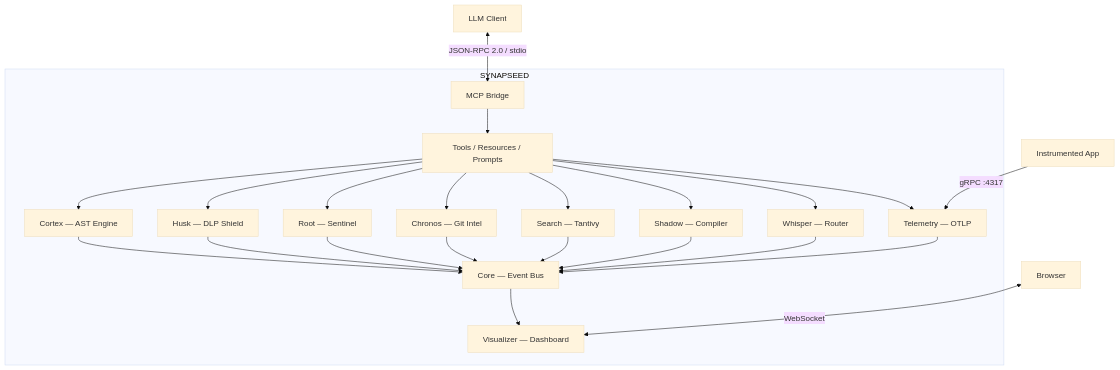
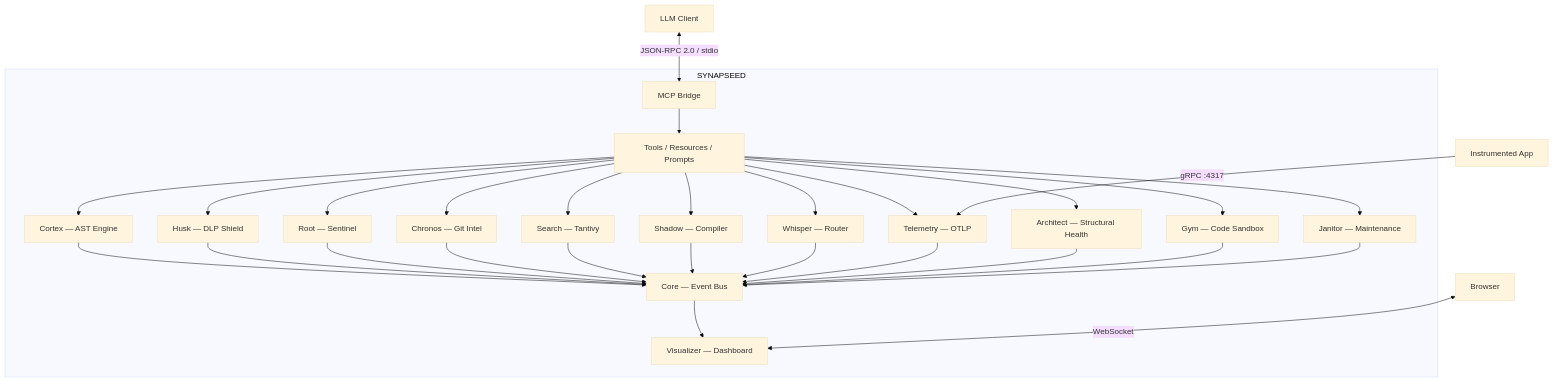
The diagram in docs/architecture/overview.md (fabriziosalmi/synapseed), drawn with Mermaid (base theme) before and after one commit. The commit also changed other lines of this file and 43 other files, not shown here.

````diff
--- a/docs/architecture/overview.md
+++ b/docs/architecture/overview.md
@@ -7,30 +7,36 @@
 ```mermaid
 graph TD
     LLM[LLM Client] <-->|JSON-RPC 2.0 / stdio| MCP[MCP Bridge]
 
     subgraph SYNAPSEED
         MCP --> Tools[Tools / Resources / Prompts]
         Tools --> Cortex[Cortex — AST Engine]
         Tools --> Husk[Husk — DLP Shield]
         Tools --> Root[Root — Sentinel]
         Tools --> Chronos[Chronos — Git Intel]
         Tools --> Search[Search — Tantivy]
         Tools --> Shadow[Shadow — Compiler]
         Tools --> Whisper[Whisper — Router]
         Tools --> Telemetry[Telemetry — OTLP]
+        Tools --> Architect[Architect — Structural Health]
+        Tools --> Gym[Gym — Code Sandbox]
+        Tools --> Janitor[Janitor — Maintenance]
 
         Cortex --> Core[Core — Event Bus]
         Husk --> Core
         Root --> Core
         Chronos --> Core
         Search --> Core
         Shadow --> Core
         Whisper --> Core
         Telemetry --> Core
+        Architect --> Core
+        Gym --> Core
+        Janitor --> Core
 
         Core --> Visualizer[Visualizer — Dashboard]
     end
 
     Browser[Browser] <-->|WebSocket| Visualizer
     App[Instrumented App] -->|gRPC :4317| Telemetry
 ```
````
